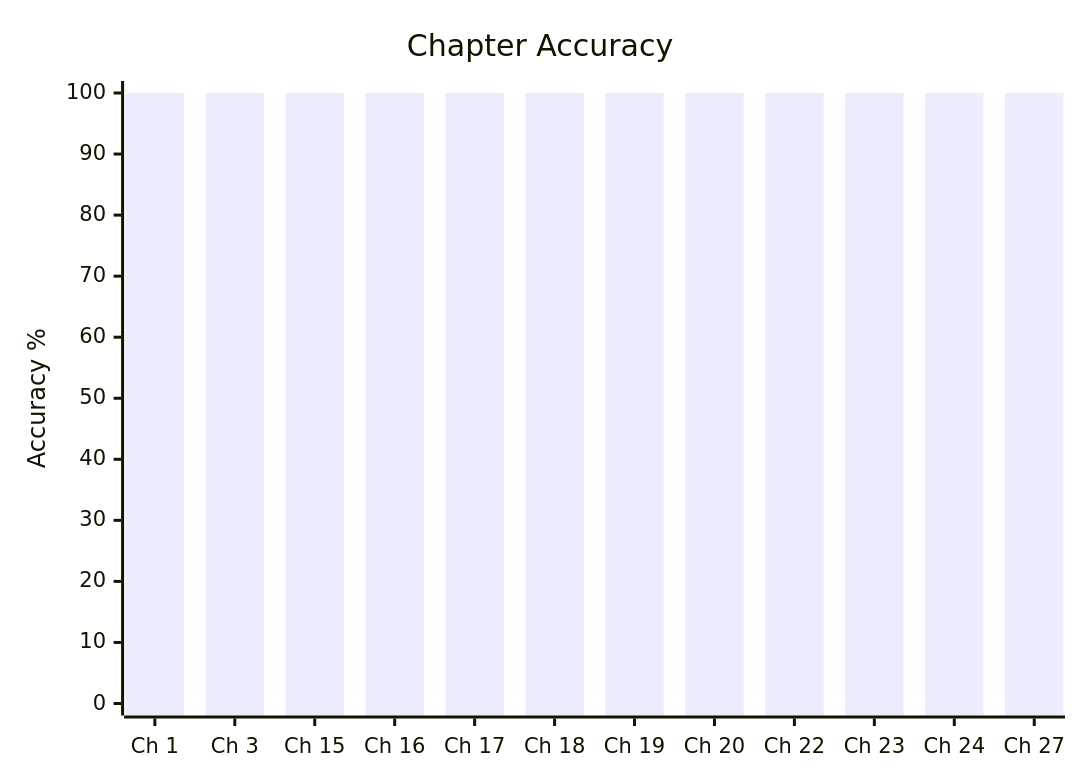
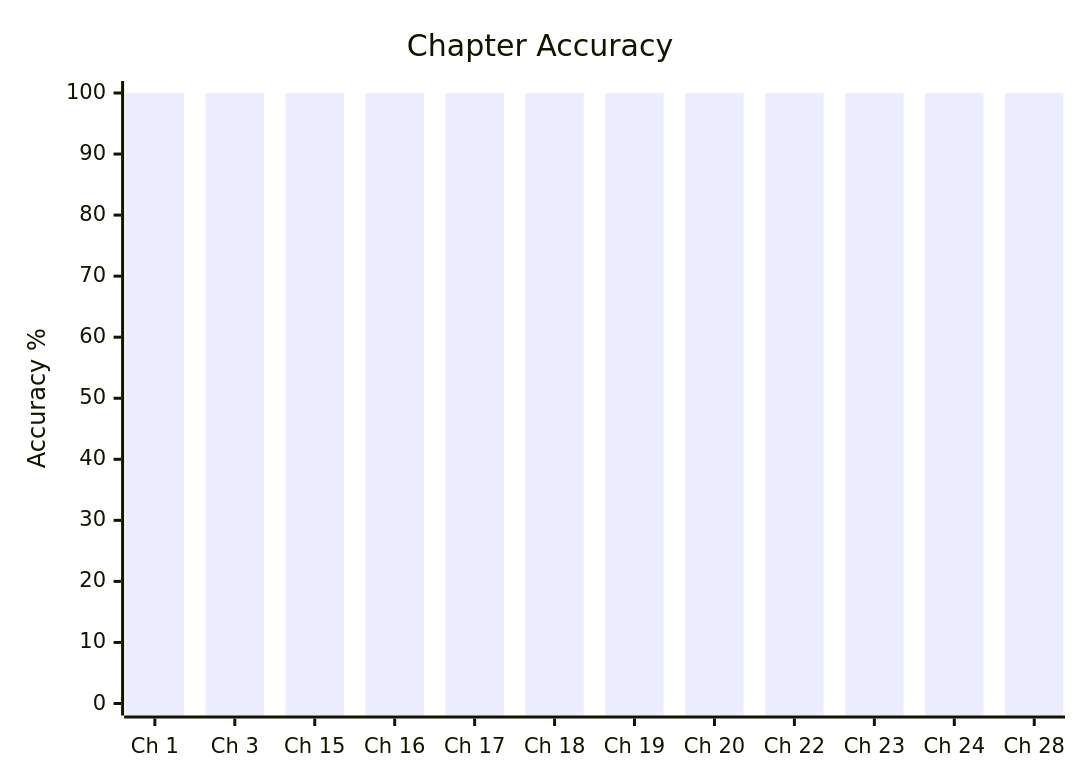
The first of 2 diagrams in content/cds/math/math_overview.md (skc-coder/SAGE), drawn with Mermaid before and after one commit. The commit also changed other lines of this file and 14 other files, not shown here.

````diff
--- a/content/cds/math/math_overview.md
+++ b/content/cds/math/math_overview.md
@@ -34,7 +34,7 @@
 ```mermaid
 xychart-beta
     title "Chapter Accuracy"
-    x-axis ["Ch 1", "Ch 3", "Ch 15", "Ch 16", "Ch 17", "Ch 18", "Ch 19", "Ch 20", "Ch 22", "Ch 23", "Ch 24", "Ch 27"]
+    x-axis ["Ch 1", "Ch 3", "Ch 15", "Ch 16", "Ch 17", "Ch 18", "Ch 19", "Ch 20", "Ch 22", "Ch 23", "Ch 24", "Ch 28"]
     y-axis "Accuracy %" 0 --> 100
     bar [100, 100, 100, 100, 100, 100, 100, 100, 100, 100, 100, 100]
 ```
````
